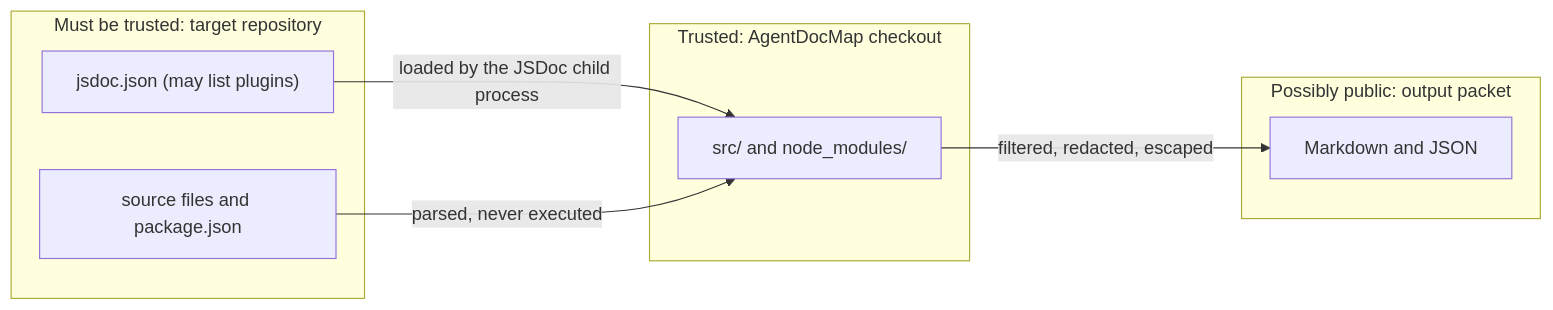
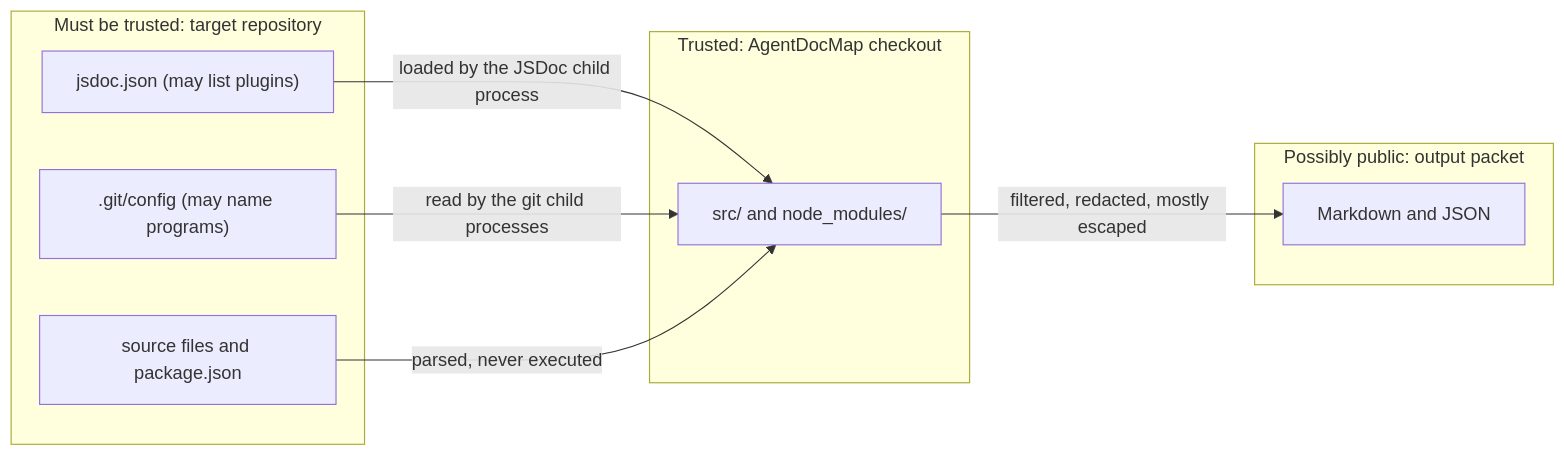
The fifth of 5 diagrams in docs/ARCHITECTURE.md (Optimal2/AgentDocMap), drawn with Mermaid before and after one commit. The commit also changed other lines of this file and 2 other files, not shown here.

First line of the commit message:
docs: correct security claims in the architecture description

````diff
--- a/docs/ARCHITECTURE.md
+++ b/docs/ARCHITECTURE.md
@@ -647,17 +675,19 @@
 ```mermaid
 flowchart LR
     subgraph Trusted["Trusted: AgentDocMap checkout"]
         CODE["src/ and node_modules/"]
     end
     subgraph Semi["Must be trusted: target repository"]
         CFG["jsdoc.json (may list plugins)"]
+        GCFG[".git/config (may name programs)"]
         TSRC["source files and package.json"]
     end
     subgraph Pub["Possibly public: output packet"]
         PKT["Markdown and JSON"]
     end
 
     CFG -- "loaded by the JSDoc child process" --> CODE
+    GCFG -- "read by the git child processes" --> CODE
     TSRC -- "parsed, never executed" --> CODE
-    CODE -- "filtered, redacted, escaped" --> PKT
+    CODE -- "filtered, redacted, mostly escaped" --> PKT
 ```
````
